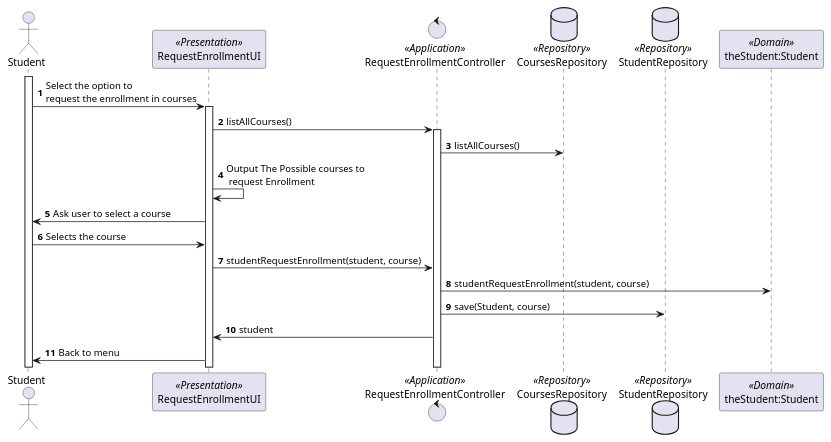
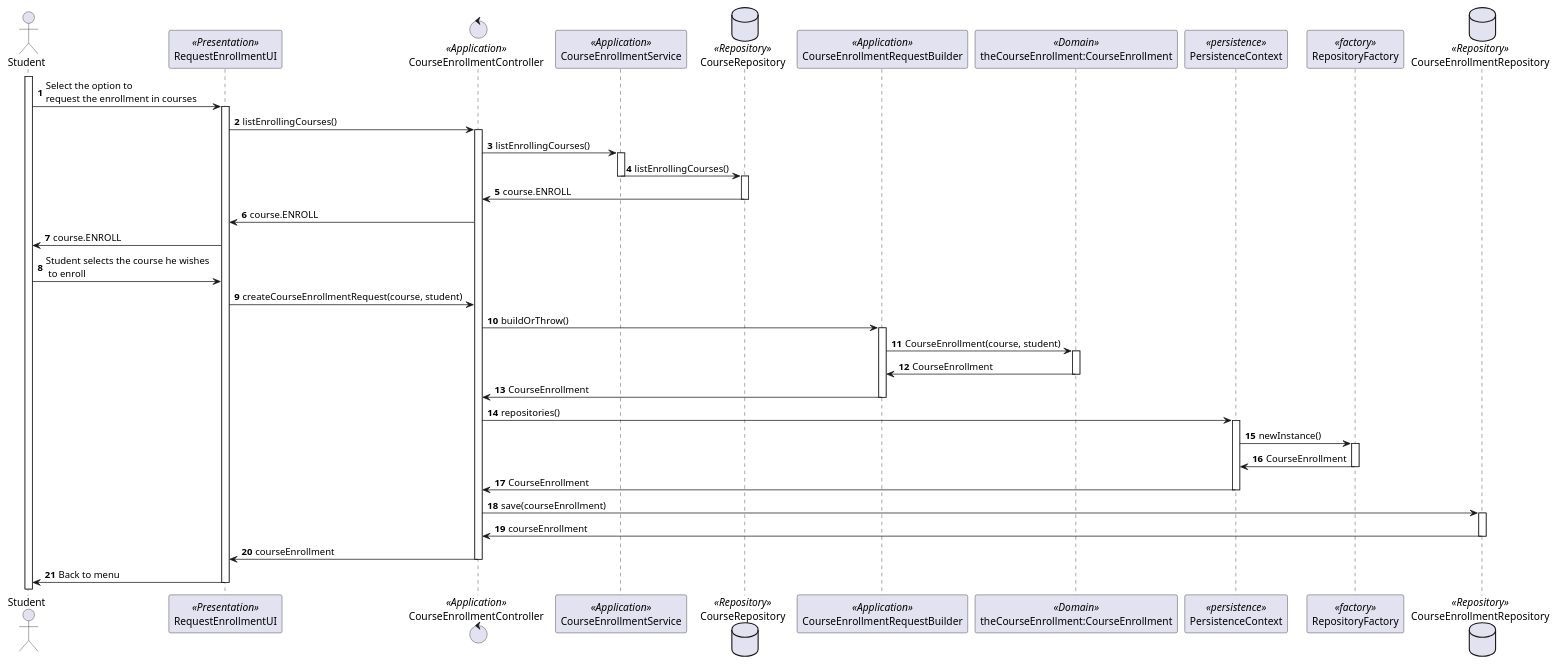
Before and after one commit to mascenso/isep-sem4-lapr4: the diagram in docs/SPRINT B/US1008 - Request Enrollment Course/US1008-SD.puml, drawn with PlantUML. The commit also changed 8 other files, not shown here.

```diff
--- a/docs/SPRINT B/US1008 - Request Enrollment Course/US1008-SD.puml
+++ b/docs/SPRINT B/US1008 - Request Enrollment Course/US1008-SD.puml
@@ -1,29 +1,60 @@
 @startuml
 'https://plantuml.com/sequence-diagram
 
 autonumber
 
 actor Student as Actor
 activate Actor
 participant RequestEnrollmentUI as UI <<Presentation>>
-control RequestEnrollmentController as Controller <<Application>>
-database CoursesRepository as CoursesRepository <<Repository>>
-database StudentRepository as StudentRepository <<Repository>>
-participant "theStudent:Student" as Student <<Domain>>
+control CourseEnrollmentController as Controller <<Application>>
+participant CourseEnrollmentService as Service <<Application>>
+database CourseRepository as CourseRepository <<Repository>>
+participant CourseEnrollmentRequestBuilder as Builder <<Application>>
+participant "theCourseEnrollment:CourseEnrollment" as CourseEnrollment <<Domain>>
+participant PersistenceContext as Persistence <<persistence>>
+participant RepositoryFactory as Factory <<factory>>
+database CourseEnrollmentRepository as Repository <<Repository>>
+
 
 Actor -> UI: Select the option to \nrequest the enrollment in courses
 activate UI
-UI -> Controller: listAllCourses()
+UI -> Controller: listEnrollingCourses()
 activate Controller
-Controller -> CoursesRepository: listAllCourses()
-UI -> UI: Output The Possible courses to \n request Enrollment
-Actor <- UI: Ask user to select a course
-Actor -> UI: Selects the course
-UI -> Controller: studentRequestEnrollment(student, course)
-Controller -> Student: studentRequestEnrollment(student, course)
-Controller -> StudentRepository: save(Student, course)
-UI <- Controller: student
+Controller -> Service: listEnrollingCourses()
+activate Service
+Service -> CourseRepository: listEnrollingCourses()
+deactivate Service
+activate CourseRepository
+CourseRepository -> Controller: course.ENROLL
+deactivate CourseRepository
+Controller -> UI: course.ENROLL
+UI -> Actor: course.ENROLL
+Actor -> UI: Student selects the course he wishes\n to enroll
+UI -> Controller: createCourseEnrollmentRequest(course, student)
+Controller -> Builder: buildOrThrow()
+activate Builder
+Builder -> CourseEnrollment: CourseEnrollment(course, student)
+activate CourseEnrollment
+CourseEnrollment -> Builder: CourseEnrollment
+deactivate CourseEnrollment
+Builder -> Controller: CourseEnrollment
+deactivate Builder
+Controller -> Persistence: repositories()
+activate Persistence
+Persistence -> Factory: newInstance()
+Activate Factory
+Factory -> Persistence: CourseEnrollment
+deactivate Factory
+Persistence -> Controller: CourseEnrollment
+deactivate Persistence
+Controller -> Repository: save(courseEnrollment)
+activate Repository
+Repository -> Controller: courseEnrollment
+deactivate Repository
+Controller -> UI: courseEnrollment
+deactivate Controller
 Actor <- UI: Back to menu
+deactivate UI
 
 
 @enduml
```
